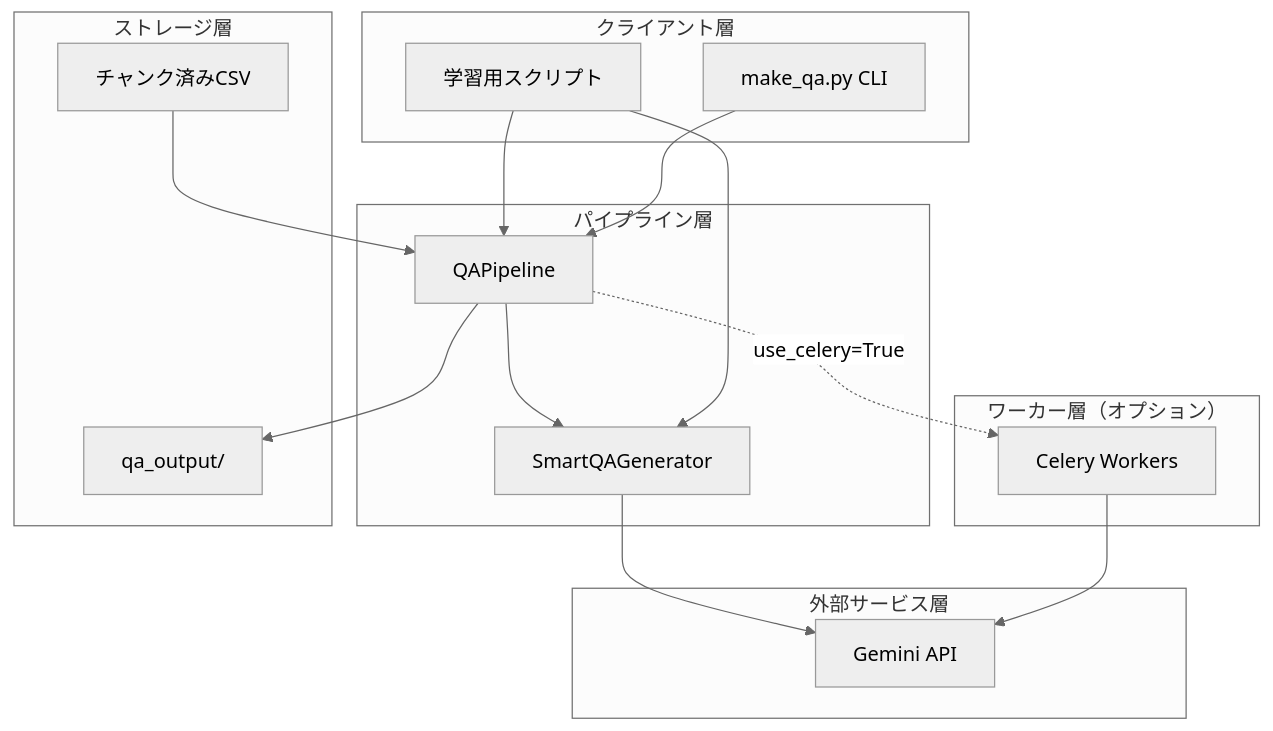
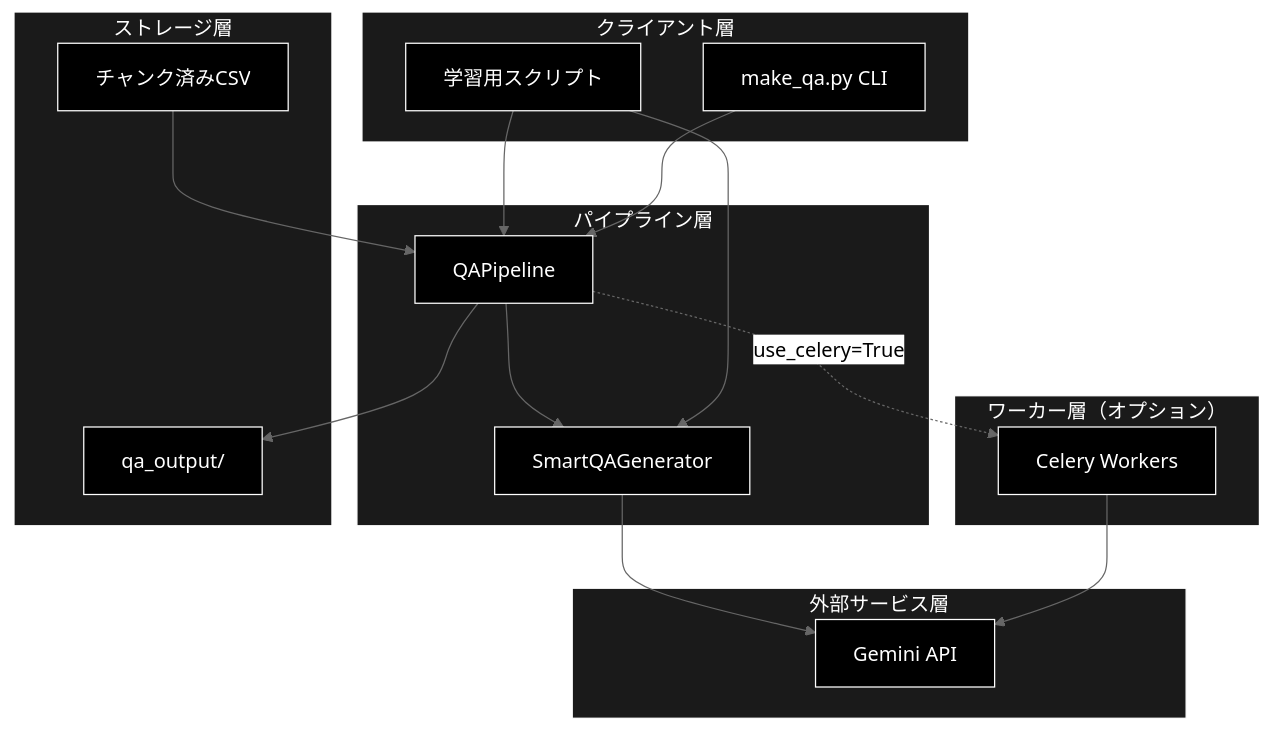
The first of 8 diagrams in qa_qdrant/docs/make_qa_qapipeline.md (nakashima2toshio/grace_v2_local), drawn with Mermaid (neutral theme) before and after one commit. The commit also changed other lines of this file and 4 other files, not shown here.

First line of the commit message:
docs: Mermaid 26 図に黒背景スタイルを適用する

````diff
--- a/qa_qdrant/docs/make_qa_qapipeline.md
+++ b/qa_qdrant/docs/make_qa_qapipeline.md
@@ -64,35 +64,43 @@
 ```mermaid
 flowchart TB
     subgraph CLIENT["クライアント層"]
         CLI[make_qa.py CLI]
         SCRIPT[学習用スクリプト]
     end
 
     subgraph PIPELINE["パイプライン層"]
         QA_PIPE[QAPipeline]
         SMART_GEN[SmartQAGenerator]
     end
 
     subgraph WORKER["ワーカー層（オプション）"]
         CELERY[Celery Workers]
     end
 
     subgraph EXTERNAL["外部サービス層"]
         GEMINI[Gemini API]
     end
 
     subgraph STORAGE["ストレージ層"]
         INPUT[チャンク済みCSV]
         OUTPUT[qa_output/]
     end
 
     CLI --> QA_PIPE
     SCRIPT --> QA_PIPE
     SCRIPT --> SMART_GEN
     QA_PIPE --> SMART_GEN
     QA_PIPE -.->|use_celery=True| CELERY
     CELERY --> GEMINI
     SMART_GEN --> GEMINI
     INPUT --> QA_PIPE
     QA_PIPE --> OUTPUT
+classDef default fill:#000,stroke:#fff,color:#fff
+classDef subgraphStyle fill:#1a1a1a,stroke:#fff,color:#fff
+class CLI,SCRIPT,QA_PIPE,SMART_GEN,CELERY,GEMINI,INPUT,OUTPUT default
+style CLIENT fill:#1a1a1a,stroke:#fff,color:#fff
+style PIPELINE fill:#1a1a1a,stroke:#fff,color:#fff
+style WORKER fill:#1a1a1a,stroke:#fff,color:#fff
+style EXTERNAL fill:#1a1a1a,stroke:#fff,color:#fff
+style STORAGE fill:#1a1a1a,stroke:#fff,color:#fff
 ```
````
